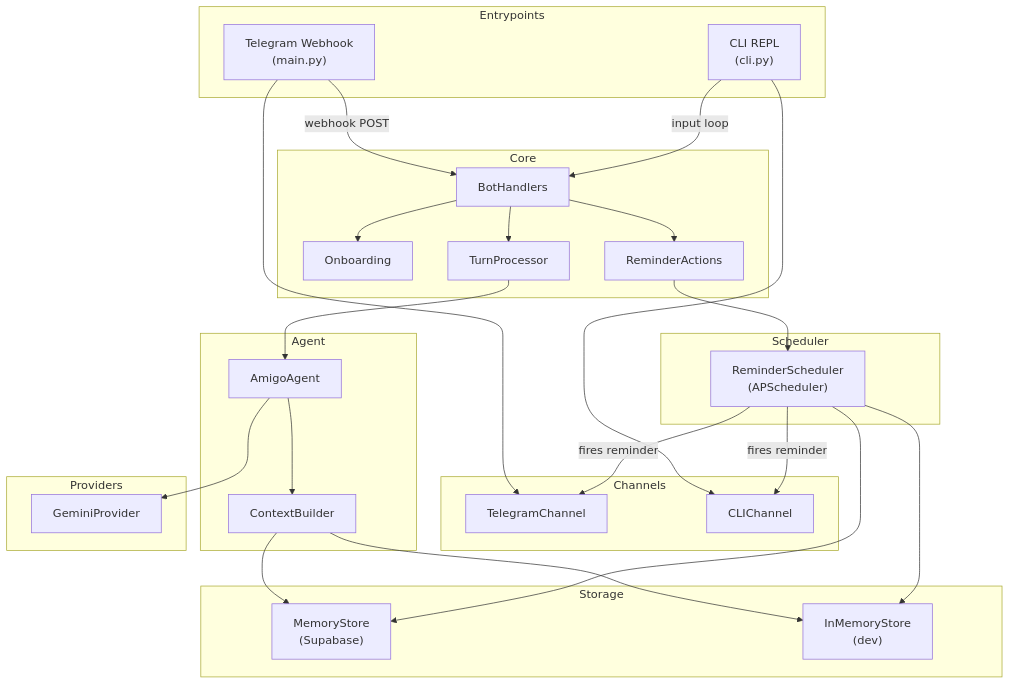
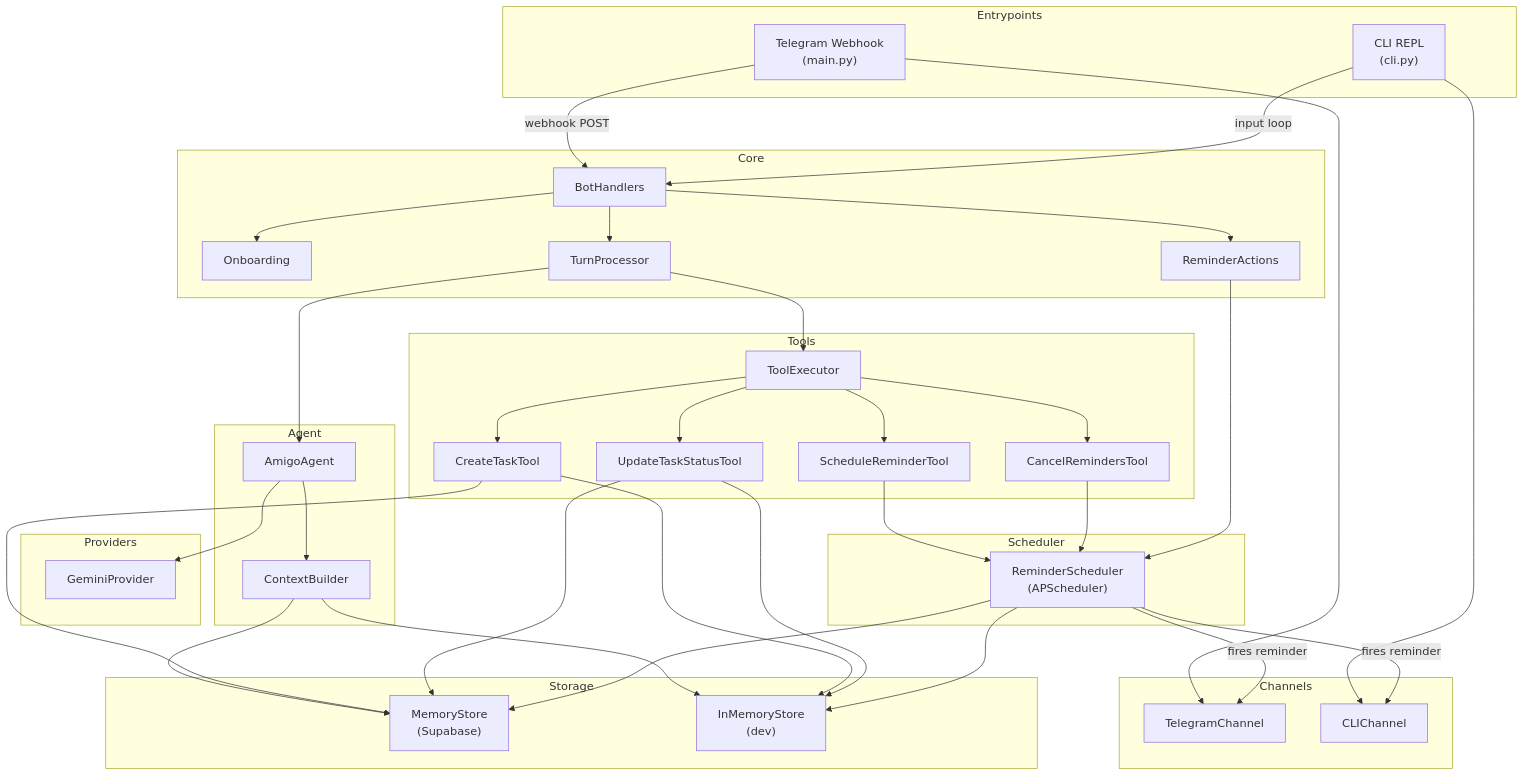
One commit to chapagainmanoj/amigo changed the diagram in docs/architecture.md. Above: the diagram before and after it, drawn with Mermaid. The commit also changed other lines of this file and 7 other files, not shown here.

````diff
--- a/docs/architecture.md
+++ b/docs/architecture.md
@@ -68,58 +79,78 @@
 ```mermaid
 graph TD
     subgraph Entrypoints
         TG["Telegram Webhook<br/>(main.py)"]
         CLI["CLI REPL<br/>(cli.py)"]
     end
 
     subgraph Channels
         TC["TelegramChannel"]
         CC["CLIChannel"]
     end
 
     subgraph Core
         BH["BotHandlers"]
         OB["Onboarding"]
         TP["TurnProcessor"]
         RA["ReminderActions"]
     end
 
     subgraph Agent
         AA["AmigoAgent"]
         CB["ContextBuilder"]
+    end
+
+    subgraph Tools
+        TE["ToolExecutor"]
+        CT["CreateTaskTool"]
+        SR["ScheduleReminderTool"]
+        US["UpdateTaskStatusTool"]
+        CR["CancelRemindersTool"]
     end
 
     subgraph Providers
         GP["GeminiProvider"]
     end
 
     subgraph Storage
         MS["MemoryStore<br/>(Supabase)"]
         IMS["InMemoryStore<br/>(dev)"]
     end
 
     subgraph Scheduler
         RS["ReminderScheduler<br/>(APScheduler)"]
     end
 
     TG -->|webhook POST| BH
     CLI -->|input loop| BH
     TG --> TC
     CLI --> CC
 
     BH --> OB
     BH --> TP
     BH --> RA
 
     TP --> AA
     AA --> CB
     AA --> GP
     CB --> MS
     CB --> IMS
 
+    TP --> TE
+    TE --> CT
+    TE --> SR
+    TE --> US
+    TE --> CR
+    CT --> MS
+    CT --> IMS
+    SR --> RS
+    US --> MS
+    US --> IMS
+    CR --> RS
+
     RA --> RS
     RS -->|fires reminder| TC
     RS -->|fires reminder| CC
     RS --> MS
     RS --> IMS
 ```
````
